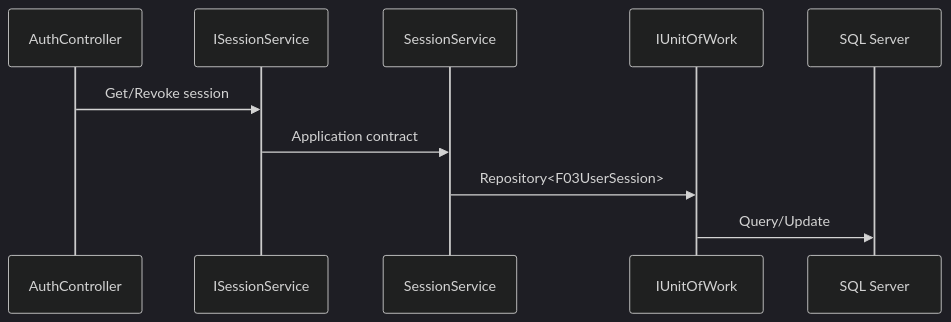
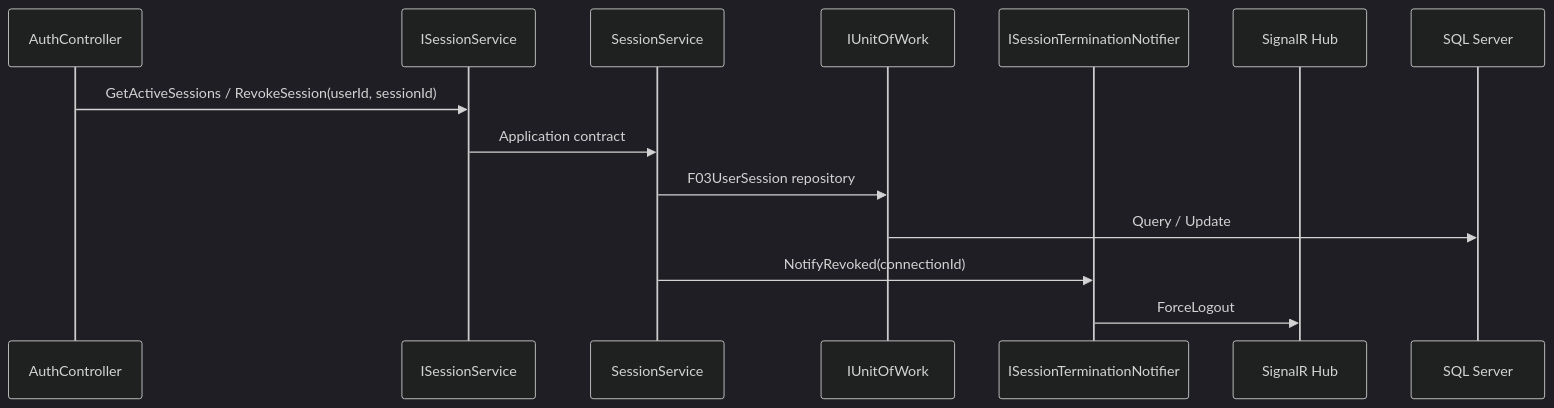
One commit to Nang0559/Reggister changed the second of 5 diagrams in MÔ HÌNH/07_IMPLEMENTATION_AUDIT.md. Above: the diagram before and after it, drawn with Mermaid (dark theme). The commit also changed other lines of this file, not shown here.

Commit message:
docs: finalize implementation architecture audit

````diff
--- a/MÔ HÌNH/07_IMPLEMENTATION_AUDIT.md
+++ b/MÔ HÌNH/07_IMPLEMENTATION_AUDIT.md
@@ -126,13 +58,17 @@
 ```mermaid
 sequenceDiagram
     participant C as AuthController
     participant S as ISessionService
     participant I as SessionService
     participant U as IUnitOfWork
+    participant N as ISessionTerminationNotifier
+    participant H as SignalR Hub
     participant DB as SQL Server
 
-    C->>S: Get/Revoke session
+    C->>S: GetActiveSessions / RevokeSession(userId, sessionId)
     S->>I: Application contract
-    I->>U: Repository<F03UserSession>
-    U->>DB: Query/Update
+    I->>U: F03UserSession repository
+    U->>DB: Query / Update
+    I->>N: NotifyRevoked(connectionId)
+    N->>H: ForceLogout
 ```
````
